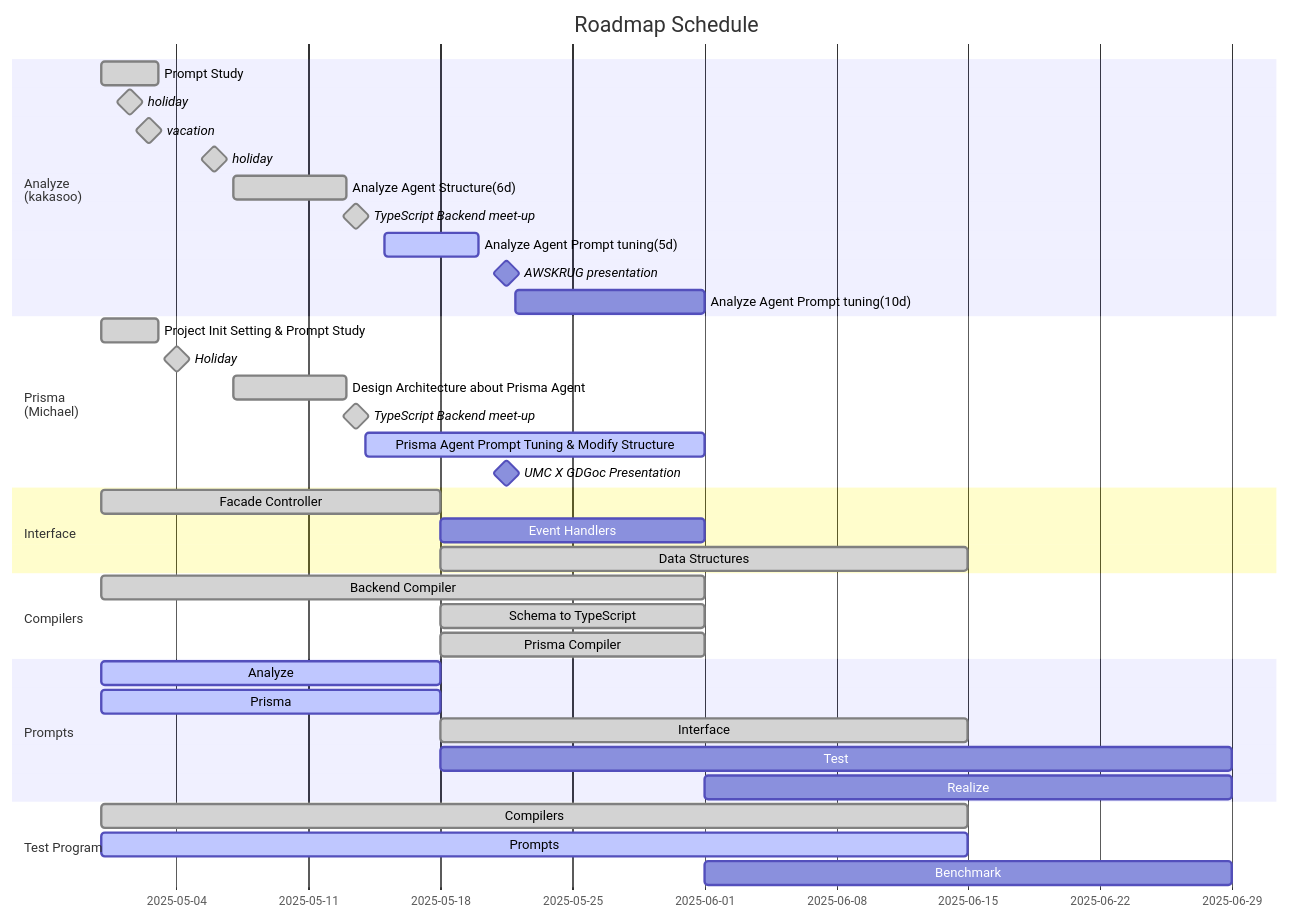
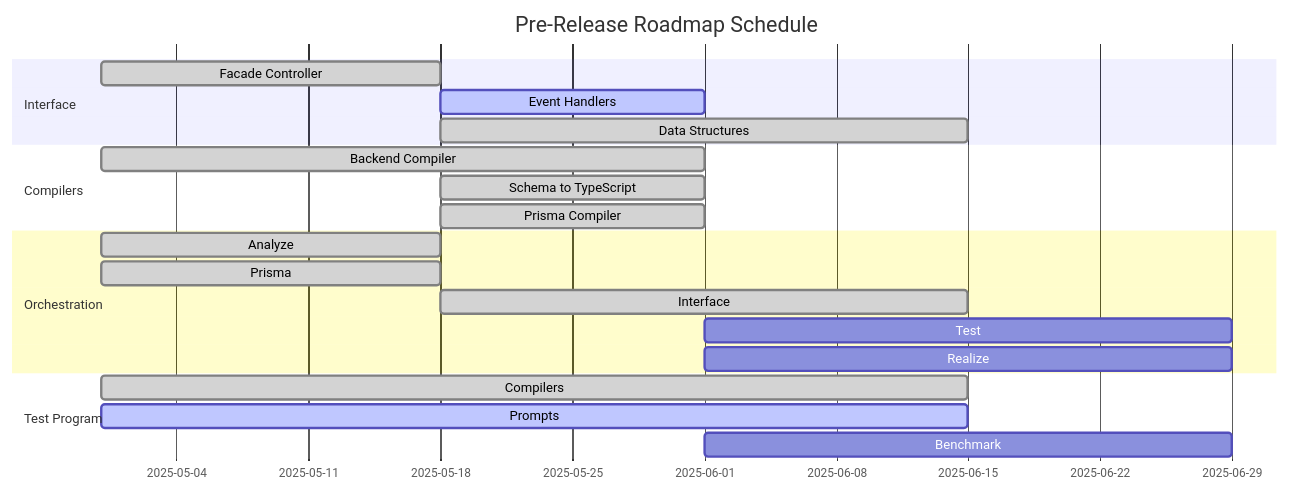
Before and after one commit to RavenView-ai/autobe: the third of 3 diagrams in README.md, drawn with Mermaid. The commit also changed other lines of this file, not shown here.

Commit message:
feat(website): more description about roadmap schedule (#37)
* feat(website): more description about roadmap schedule

* Few detailing more

* Detailing on gantt chart

* Update README.md

* Update README.md

---------

````diff
--- a/README.md
+++ b/README.md
@@ -403,47 +404,27 @@
 ```mermaid
 gantt
   dateFormat YYYY-MM-DD
-  title Roadmap Schedule
+  title Pre-Release Roadmap Schedule
 
-  section Analyze<br>(kakasoo)
-  Prompt Study: done, 2025-04-30, 3d
-  holiday: milestone, done, 2025-05-01, 1d
-  vacation: milestone, done, 2025-05-02, 1d
-  holiday: milestone, done, 2025-05-05, 2d
-  Analyze Agent Structure(6d): done, 2025-05-07, 6d
-  TypeScript Backend meet-up: milestone, done, 2025-05-13, 1d
-  Analyze Agent Prompt tuning(5d): active, 2025-05-15, 5d
-  AWSKRUG presentation: milestone, 2025-05-21, 1d
-  Analyze Agent Prompt tuning(10d):, 2025-05-22, 10d
-
-  section Prisma<br>(Michael)
-  Project Init Setting & Prompt Study: done, 2025-04-30, 3d
-  Holiday: milestone, done, 2025-05-01, 6d
-  Design Architecture about Prisma Agent: done, 2025-05-07, 6d
-  TypeScript Backend meet-up: milestone, done, 2025-05-13, 1d
-  Prisma Agent Prompt Tuning & Modify Structure: active, 2025-05-14, 18d
-  UMC X GDGoc Presentation: milestone, 2025-05-21, 1d
-
-  
   section Interface
-  Facade Controller: done, 2025-04-30, 18d
-  Event Handlers:          2025-05-18, 14d
-  Data Structures:   done, 2025-05-18, 28d
+  Facade Controller: done,   2025-04-30, 18d
+  Event Handlers:    active, 2025-05-18, 14d
+  Data Structures:   done,   2025-05-18, 28d
 
   section Compilers
   Backend Compiler:     done, 2025-04-30, 32d
   Schema to TypeScript: done, 2025-05-18, 14d
   Prisma Compiler:      done, 2025-05-18, 14d
 
-  section Prompts
-  Analyze  : active, 2025-04-30, 18d
-  Prisma   : active, 2025-04-30, 18d
-  Interface: done, 2025-05-18, 28d
-  Test     : 2025-05-18, 42d
-  Realize  : 2025-06-01, 28d
+  section Orchestration
+  Analyze  : done,    2025-04-30, 18d
+  Prisma   : done,    2025-04-30, 18d
+  Interface: done,    2025-05-18, 28d
+  Test     : planned, 2025-06-01, 28d
+  Realize  : planned, 2025-06-01, 28d
 
   section Test Program
-  Compilers: done, 2025-04-30, 46d
-  Prompts:   active, 2025-04-30, 46d
-  Benchmark: 2025-06-01, 28d
+  Compilers: done,    2025-04-30, 46d
+  Prompts:   active,  2025-04-30, 46d
+  Benchmark: planned, 2025-06-01, 28d
 ```
````
